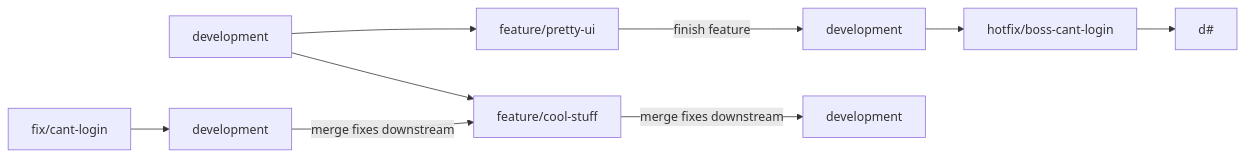
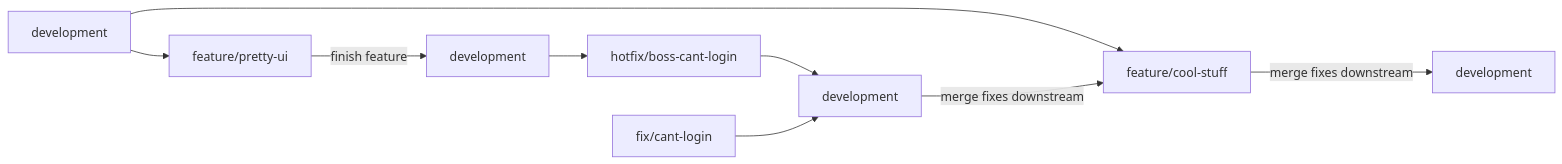
The diagram in testy/plan_zarządzania_jakością_produktu.md (hasparus/software-engineering-class), drawn with Mermaid before and after one commit. The commit also changed other lines of this file, not shown here.

Commit message:
Uploaded by https://stackedit.io/

````diff
--- a/testy/plan_zarządzania_jakością_produktu.md
+++ b/testy/plan_zarządzania_jakością_produktu.md
@@ -19,11 +19,11 @@
 ```mermaid
 graph LR;
 	d#1[development]-->feature/cool-stuff;
 	d#1[development]-->feature/pretty-ui;
 	feature/pretty-ui--finish feature-->d#2[development];
 	d#3[development]--merge fixes downstream-->feature/cool-stuff;
 	d#2[development]-->hotfix/boss-cant-login;
-	hotfix/boss-cant-login-->d#
+	hotfix/boss-cant-login-->d#3[development]
 	fix/cant-login-->d#3[development]	
 	feature/cool-stuff--merge fixes downstream-->d#4[development];	
 ```
````
